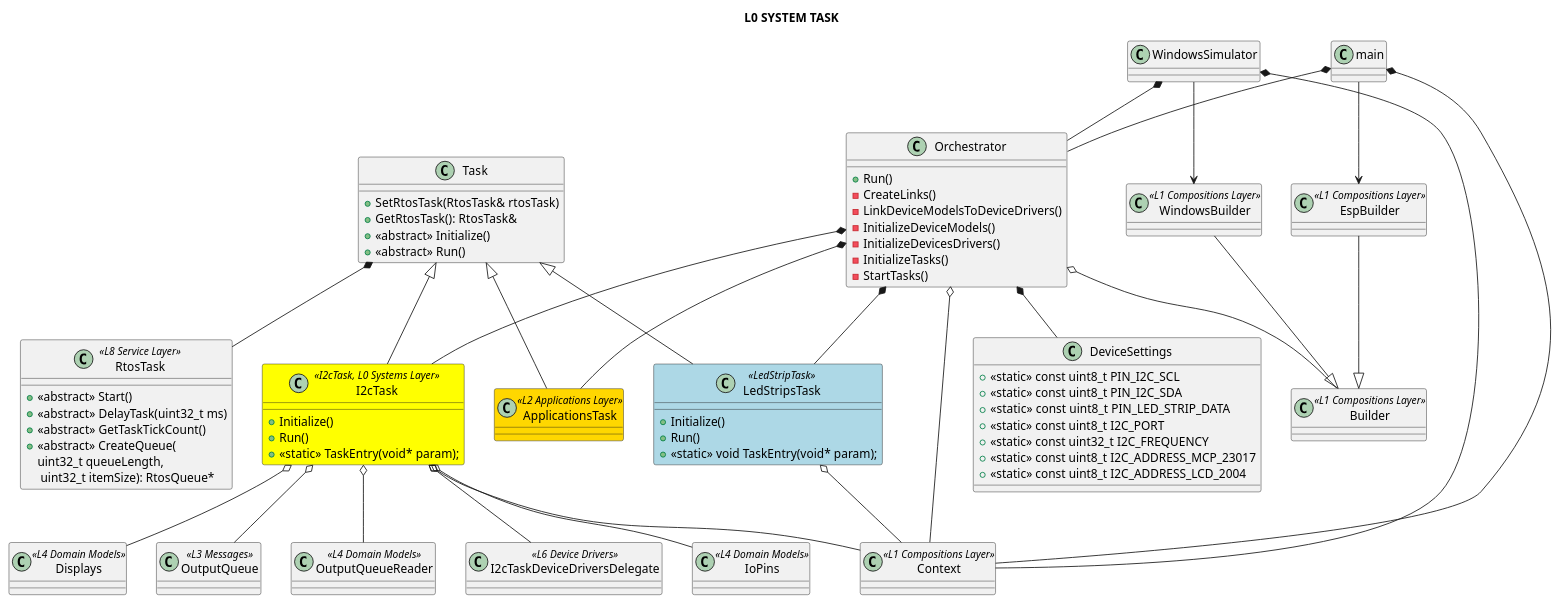
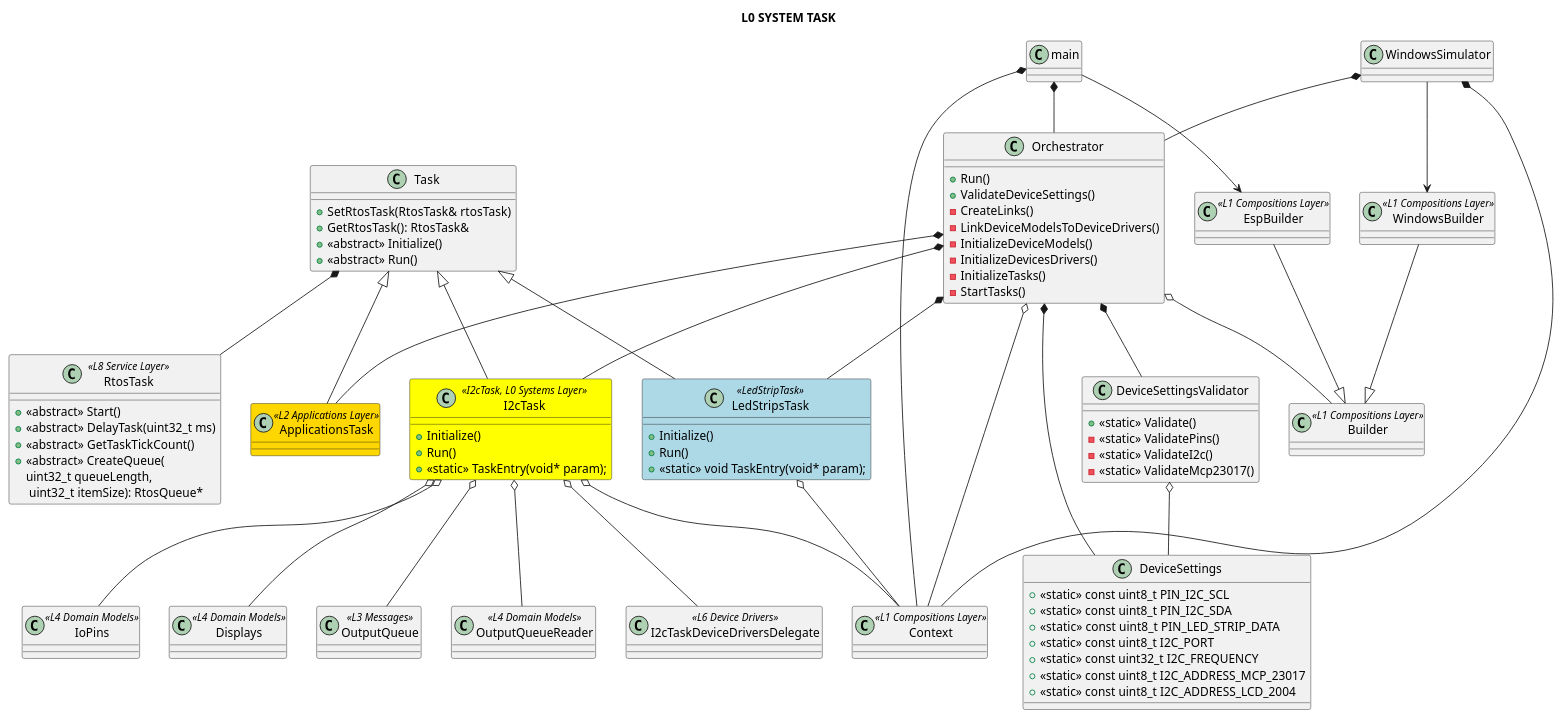
The diagram in Docs/Software Design/Layers/L0_system_layer.puml (michelkeijzers/fraxis), drawn with PlantUML before and after one commit. The commit also changed 39 other files, not shown here.

```diff
--- a/Docs/Software Design/Layers/L0_system_layer.puml
+++ b/Docs/Software Design/Layers/L0_system_layer.puml
@@ -1,121 +1,133 @@
 @startuml
 top to bottom direction
 
 title L0 SYSTEM TASK
 
 skinparam packageStyle rectangle
 skinparam lineThickness 2
 
 class main 
 {
 }
 
 class WindowsSimulator 
 {
 
 }
 
 class Orchestrator 
 {
     + Run()
+    + ValidateDeviceSettings()
     - CreateLinks()
     - LinkDeviceModelsToDeviceDrivers()
     - InitializeDeviceModels()
     - InitializeDevicesDrivers()
     - InitializeTasks()
     - StartTasks()
 }
 
 main *-- Orchestrator
 main *-- Context
 WindowsSimulator *-- Orchestrator
 WindowsSimulator *-- Context 
+
+class DeviceSettingsValidator
+{
+    + <<static>> Validate()
+    - <<static>> ValidatePins()
+    - <<static>> ValidateI2c()
+    - <<static>> ValidateMcp23017()
+}
+
+DeviceSettingsValidator o-- DeviceSettings
+Orchestrator *-- DeviceSettingsValidator
 
 class Builder <<L1 Compositions Layer>> {}
 class EspBuilder  <<L1 Compositions Layer>> {}
 class WindowsBuilder  <<L1 Compositions Layer>> {}
 class Context <<L1 Compositions Layer>> {}
 
 EspBuilder -|> Builder
 WindowsBuilder -|> Builder
 
 main --> EspBuilder
 WindowsSimulator --> WindowsBuilder
 
 Orchestrator o-- Builder
 Orchestrator o-- Context
 
 class RtosTask <<L8 Service Layer>>
 {
     + <<abstract>> Start()
     + <<abstract>> DelayTask(uint32_t ms)
     + <<abstract>> GetTaskTickCount()
     + <<abstract>> CreateQueue(
         uint32_t queueLength, \n uint32_t itemSize): RtosQueue*
 }
 ApplicationsTask -u-|> Task
 
 class Task
 {   
     + SetRtosTask(RtosTask& rtosTask)
     + GetRtosTask(): RtosTask& 
     + <<abstract>> Initialize()
     + <<abstract>> Run()
 }
 
 Task *-- RtosTask
 
 Orchestrator *-- ApplicationsTask 
 
 class I2cTask <<I2cTask, L0 Systems Layer>> #yellow
 {
     + Initialize()
     + Run()
     + <<static>> TaskEntry(void* param);
 }
 
 I2cTask -u-|> Task
 I2cTask o-- Context
 
 class IoPins <<L4 Domain Models>> {}
 I2cTask o-- IoPins 
 class Displays <<L4 Domain Models>> {}
 I2cTask o-- Displays 
 class OutputQueue <<L3 Messages>> {}
 I2cTask o-- OutputQueue 
 class OutputQueueReader <<L4 Domain Models>> {}
 I2cTask o-- OutputQueueReader 
 class I2cTaskDeviceDriversDelegate <<L6 Device Drivers>> {}
 I2cTask o-- I2cTaskDeviceDriversDelegate 
 
 Orchestrator *-- I2cTask
 
 class ApplicationsTask <<L2 Applications Layer>> #gold
 {
 }
 
 class LedStripsTask <<LedStripTask>> #lightblue
 {
     + Initialize()
     + Run()
     + <<static>> void TaskEntry(void* param);    
 }
 
 LedStripsTask -u-|> Task
 LedStripsTask o-- Context
 Orchestrator *-- LedStripsTask
 
 class DeviceSettings
 {
     + <<static>> const uint8_t PIN_I2C_SCL
     + <<static>> const uint8_t PIN_I2C_SDA
     + <<static>> const uint8_t PIN_LED_STRIP_DATA
     + <<static>> const uint8_t I2C_PORT
     + <<static>> const uint32_t I2C_FREQUENCY
     + <<static>> const uint8_t I2C_ADDRESS_MCP_23017
     + <<static>> const uint8_t I2C_ADDRESS_LCD_2004
 }
 
 Orchestrator *-- DeviceSettings
 
 @enduml
```
